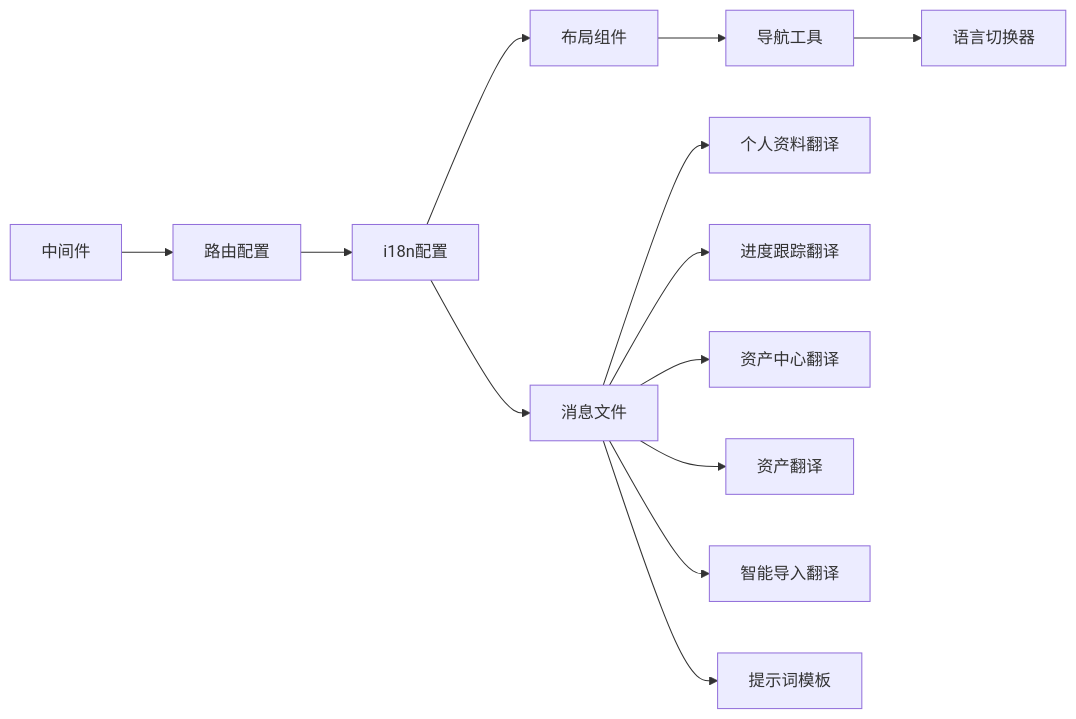
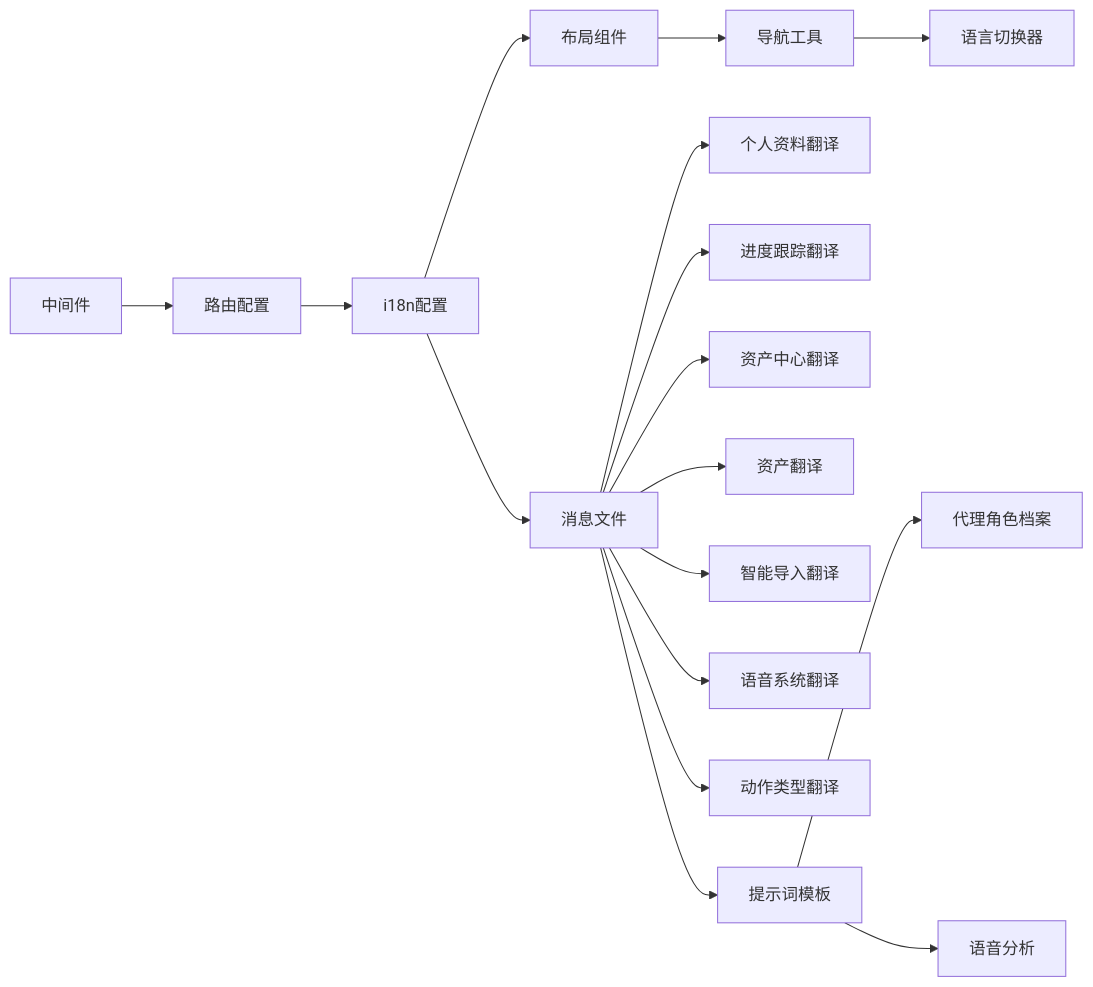
The fourth of 4 diagrams in .qoder/repowiki/zh/content/前端组件架构/国际化实现.md (lyl2021/waoowaoo), drawn with Mermaid before and after one commit. The commit also changed other lines of this file and 15 other files, not shown here.

````diff
--- a/.qoder/repowiki/zh/content/前端组件架构/国际化实现.md
+++ b/.qoder/repowiki/zh/content/前端组件架构/国际化实现.md
@@ -445,15 +633,19 @@
 ```mermaid
 graph LR
 MW["中间件"] --> RT["路由配置"]
 RT --> CFG["i18n配置"]
 CFG --> L["布局组件"]
 L --> NAV["导航工具"]
 NAV --> LS["语言切换器"]
 CFG --> MSG["消息文件"]
 MSG --> PROFILE["个人资料翻译"]
 MSG --> PROGRESS["进度跟踪翻译"]
 MSG --> ASSET_HUB["资产中心翻译"]
 MSG --> ASSETS["资产翻译"]
 MSG --> SMART_IMPORT["智能导入翻译"]
+MSG --> VOICE["语音系统翻译"]
+MSG --> ACTIONS["动作类型翻译"]
 MSG --> PROMPT["提示词模板"]
+PROMPT --> AGENT_PROFILE["代理角色档案"]
+PROMPT --> VOICE_ANALYSIS["语音分析"]
 ```
````
